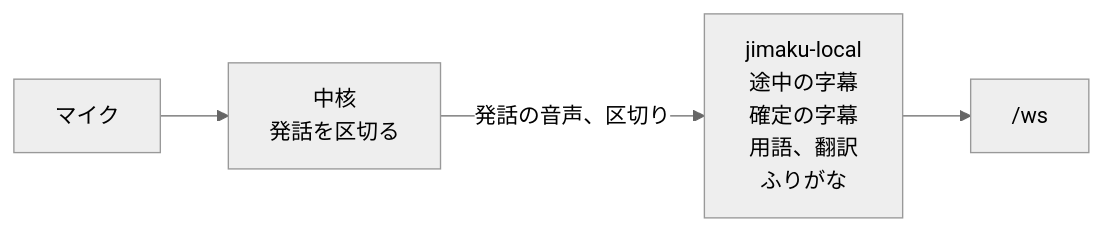
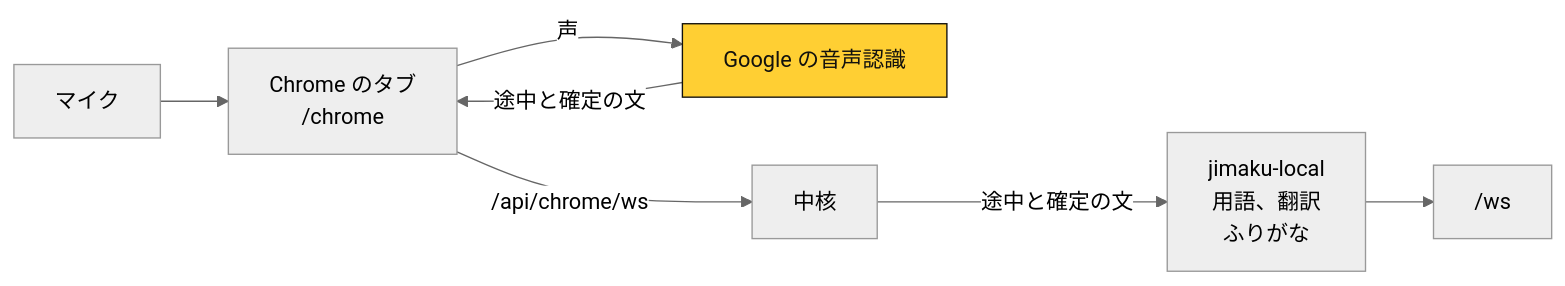
One commit to Chiji1108/deadlock-jimaku changed the fourth of 4 diagrams in README.md. Above: the diagram before and after it, drawn with Mermaid (neutral theme). The commit also changed other lines of this file and 36 other files, not shown here.

````diff
--- a/README.md
+++ b/README.md
@@ -100,6 +104,11 @@
 ```mermaid
 flowchart LR
-  mic["マイク"] --> core["中核<br/>発話を区切る"]
-  core -- "発話の音声、区切り" --> helper["jimaku-local<br/>途中の字幕<br/>確定の字幕<br/>用語、翻訳<br/>ふりがな"]
+  mic["マイク"] --> tab["Chrome のタブ<br/>/chrome"]
+  tab -- "声" --> google["Google の音声認識"]
+  google -- "途中と確定の文" --> tab
+  tab -- "/api/chrome/ws" --> core["中核"]
+  core -- "途中と確定の文" --> helper["jimaku-local<br/>用語、翻訳<br/>ふりがな"]
   helper --> ws["/ws"]
+  classDef cloud fill:#ffcf33,stroke:#12110e,color:#12110e
+  class google cloud
 ```
````
